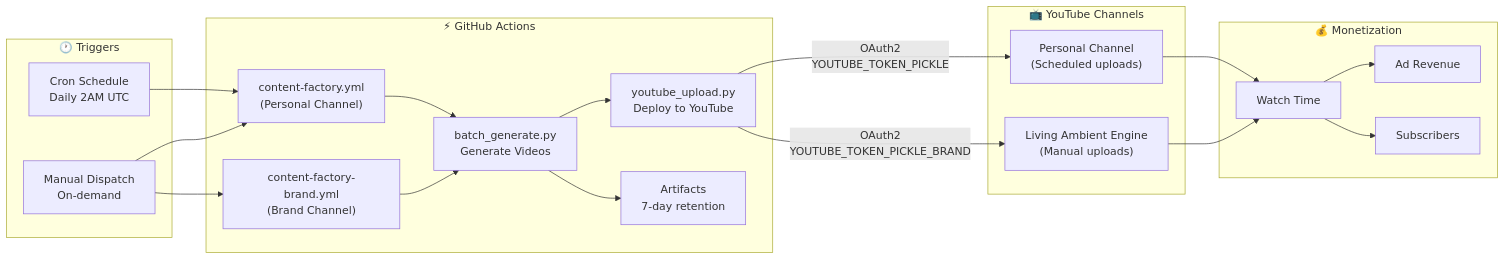
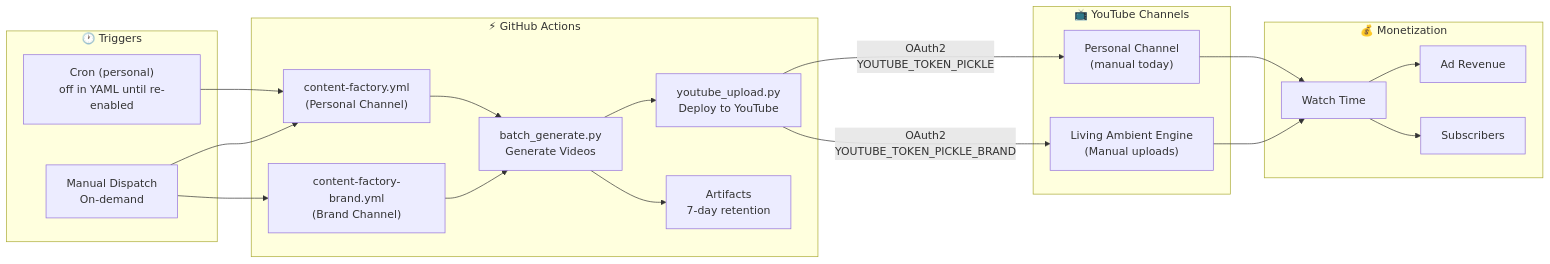
One commit to peterkrentel/living-ambient-engine changed the second of 4 diagrams in docs/architecture.md. Above: the diagram before and after it, drawn with Mermaid. The commit also changed 7 other files, not shown here.

First line of the commit message:
docs: align workflow copy with YAML (personal cron off, Art Creator upload)

````diff
--- a/docs/architecture.md
+++ b/docs/architecture.md
@@ -59,40 +59,40 @@
 ```mermaid
 flowchart LR
     subgraph Trigger["🕐 Triggers"]
-        SCHEDULE["Cron Schedule\nDaily 2AM UTC"]
+        SCHEDULE["Cron (personal)\noff in YAML until re-enabled"]
         MANUAL["Manual Dispatch\nOn-demand"]
     end
 
     subgraph GitHub["⚡ GitHub Actions"]
         WORKFLOW1["content-factory.yml\n(Personal Channel)"]
         WORKFLOW2["content-factory-brand.yml\n(Brand Channel)"]
         BATCH["batch_generate.py\nGenerate Videos"]
         UPLOAD["youtube_upload.py\nDeploy to YouTube"]
         ARTIFACT["Artifacts\n7-day retention"]
     end
 
     subgraph YouTube["📺 YouTube Channels"]
-        PERSONAL["Personal Channel\n(Scheduled uploads)"]
+        PERSONAL["Personal Channel\n(manual today)"]
         BRAND["Living Ambient Engine\n(Manual uploads)"]
     end
 
     subgraph Revenue["💰 Monetization"]
         ADS["Ad Revenue"]
         WATCH["Watch Time"]
         SUBS["Subscribers"]
     end
 
     SCHEDULE --> WORKFLOW1
     MANUAL --> WORKFLOW1
     MANUAL --> WORKFLOW2
     WORKFLOW1 --> BATCH
     WORKFLOW2 --> BATCH
     BATCH --> ARTIFACT
     BATCH --> UPLOAD
     UPLOAD --> |"OAuth2\nYOUTUBE_TOKEN_PICKLE"| PERSONAL
     UPLOAD --> |"OAuth2\nYOUTUBE_TOKEN_PICKLE_BRAND"| BRAND
     PERSONAL --> WATCH
     BRAND --> WATCH
     WATCH --> ADS
     WATCH --> SUBS
 ```
````
